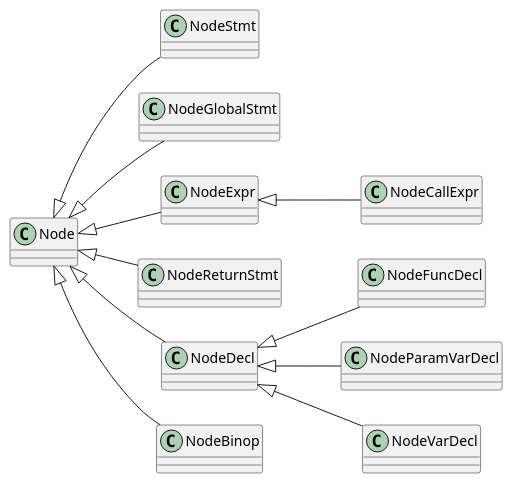
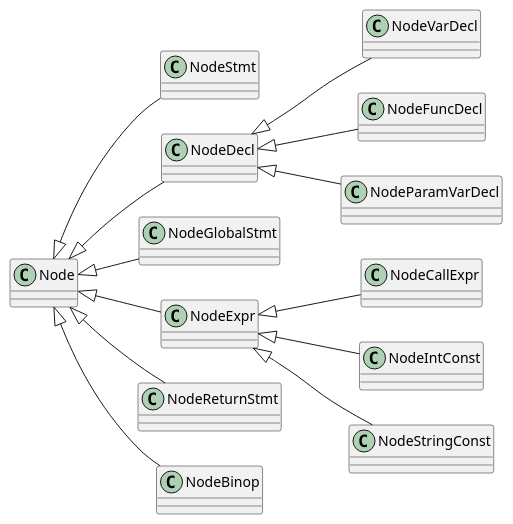
The diagram in doc/classes.puml (travisdoor/bl), drawn with PlantUML before and after one commit. The commit also changed 15 other files, not shown here.

```diff
--- a/doc/classes.puml
+++ b/doc/classes.puml
@@ -1,29 +1,18 @@
 @startuml
 left to right direction
-class Node
-class NodeStmt
-class NodeGlobalStmt
-class NodeFuncDecl
-class NodeExpr
-class NodeReturnStmt
-class NodeParamVarDecl
-class NodeCallExpr
-class NodeVarDecl
-class NodeDecl
-class NodeBinop
-
-
 Node <|-- NodeStmt
 Node <|-- NodeDecl
 Node <|-- NodeGlobalStmt
 Node <|-- NodeExpr
 Node <|-- NodeReturnStmt
 Node <|-- NodeBinop
 
 NodeDecl <|-- NodeVarDecl
 NodeDecl <|-- NodeFuncDecl
 NodeDecl <|-- NodeParamVarDecl
 
 NodeExpr <|-- NodeCallExpr
+NodeExpr <|-- NodeIntConst
+NodeExpr <|-- NodeStringConst
 
 @enduml
```
